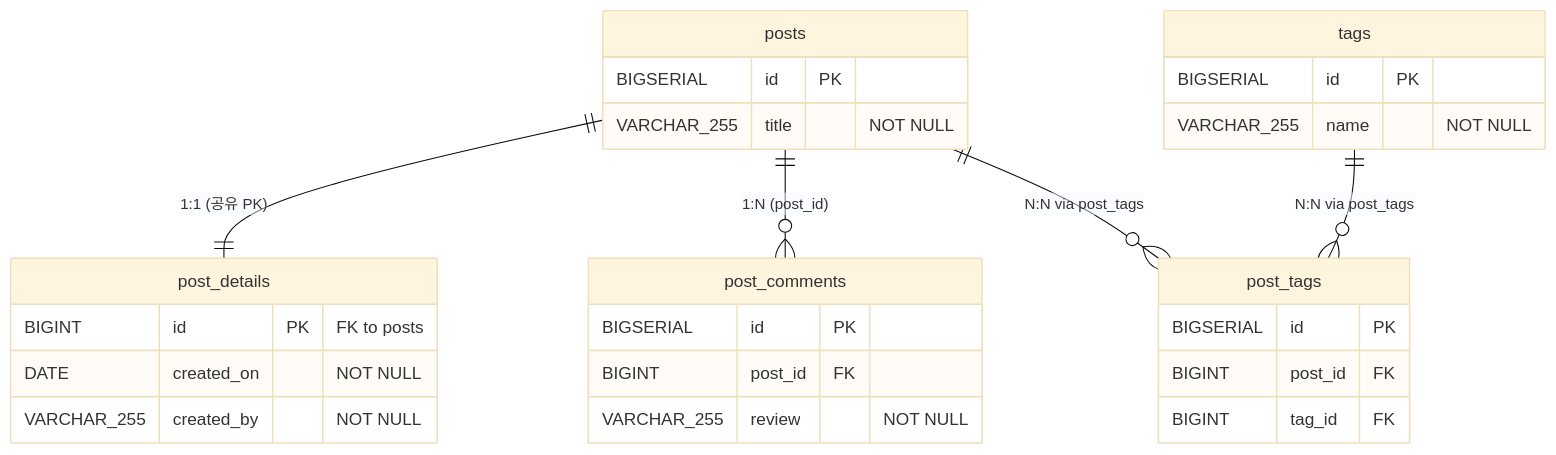
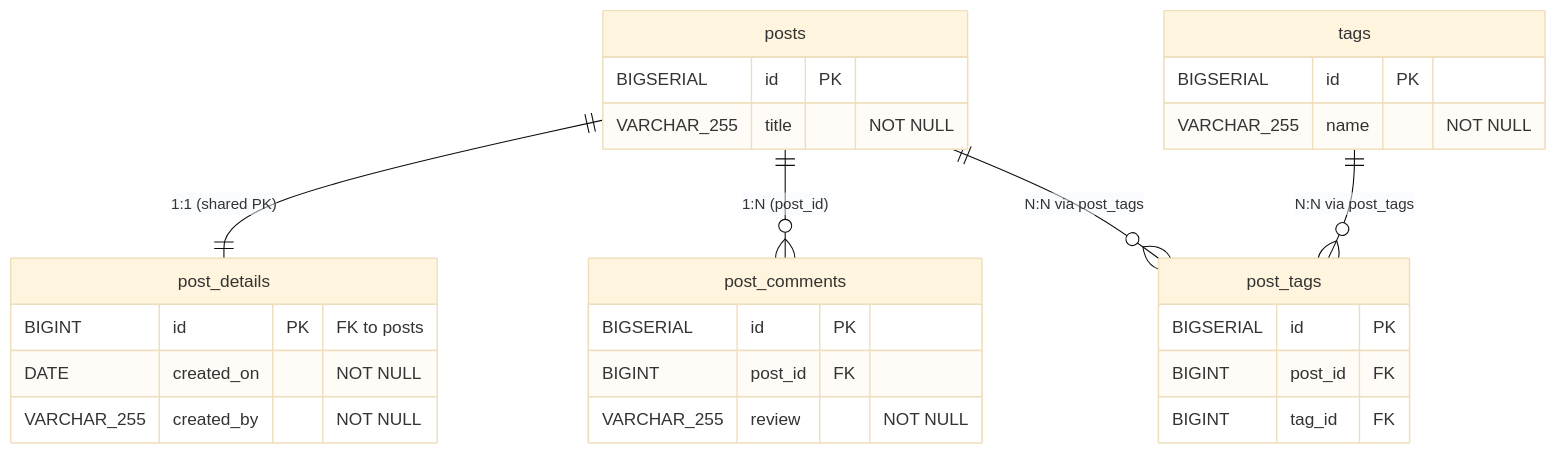
Before and after one commit to bluetape4k/exposed-workshop: the fourth of 6 diagrams in 07-jpa/01-convert-jpa-basic/README.md, drawn with Mermaid (base theme). The commit also changed other lines of this file and 115 other files, not shown here.

````diff
--- a/07-jpa/01-convert-jpa-basic/README.md
+++ b/07-jpa/01-convert-jpa-basic/README.md
@@ -161,31 +163,31 @@
 ```mermaid
 erDiagram
     posts {
         BIGSERIAL id PK
         VARCHAR_255 title "NOT NULL"
     }
     post_details {
         BIGINT id PK "FK to posts"
         DATE created_on "NOT NULL"
         VARCHAR_255 created_by "NOT NULL"
     }
     post_comments {
         BIGSERIAL id PK
         BIGINT post_id FK
         VARCHAR_255 review "NOT NULL"
     }
     tags {
         BIGSERIAL id PK
         VARCHAR_255 name "NOT NULL"
     }
     post_tags {
         BIGSERIAL id PK
         BIGINT post_id FK
         BIGINT tag_id FK
     }
 
-    posts ||--|| post_details : "1:1 (공유 PK)"
+    posts ||--|| post_details : "1:1 (shared PK)"
     posts ||--o{ post_comments : "1:N (post_id)"
     posts ||--o{ post_tags : "N:N via post_tags"
     tags ||--o{ post_tags : "N:N via post_tags"
 ```
````
